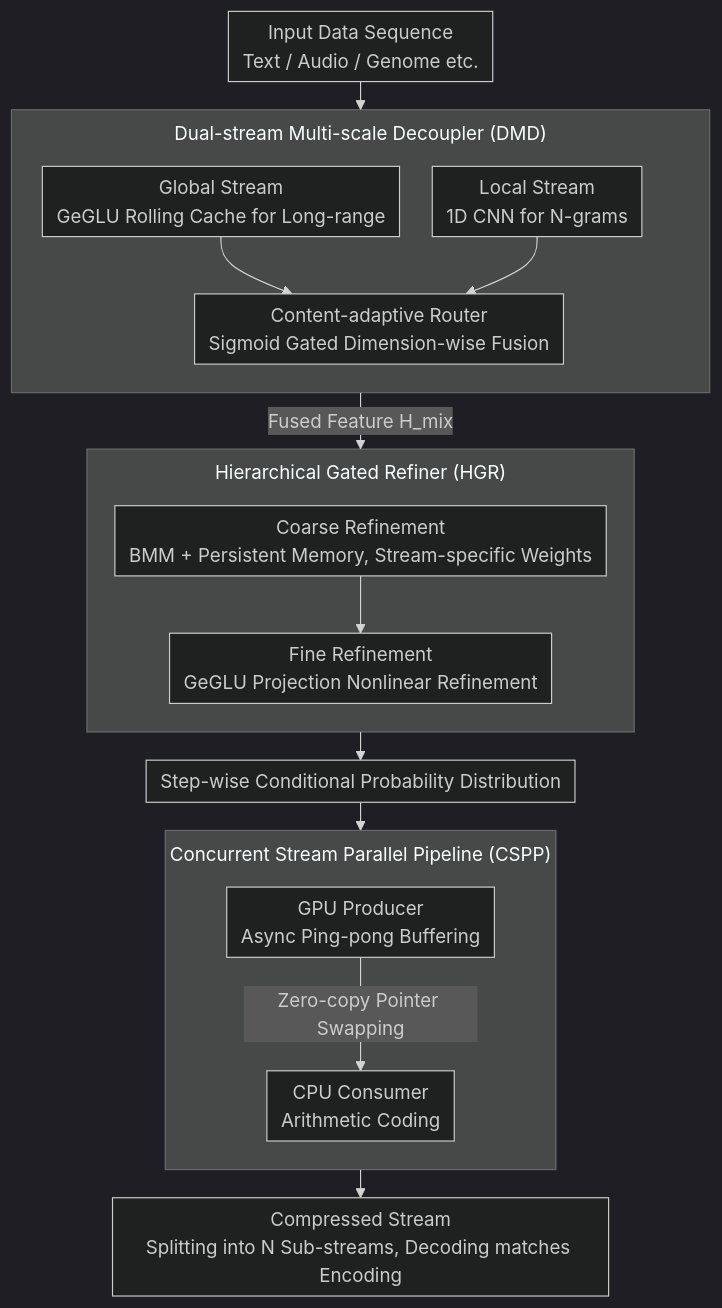
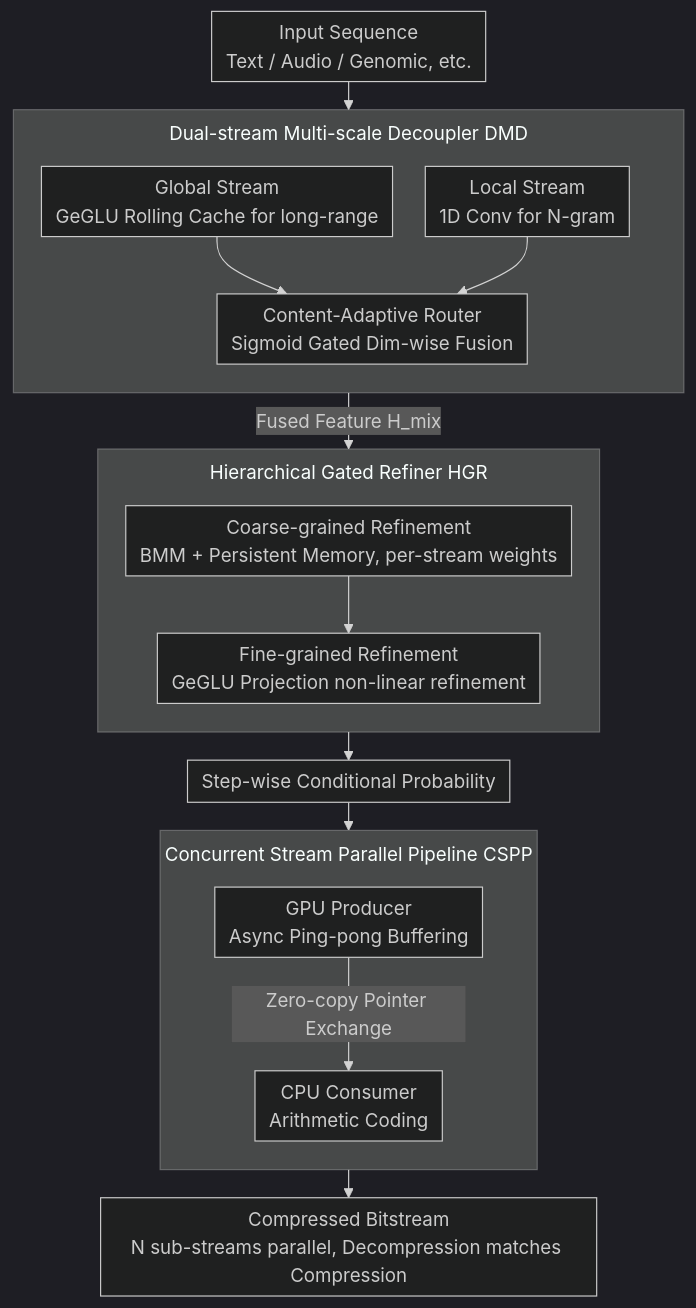
The diagram in docs/ACL2026/model_compression/efficient_learned_data_compression_via_dual-stream_feature_decoupling.md (zhaoyang97/Paper-Notes-en), drawn with Mermaid (dark theme) before and after one commit. The commit also changed other lines of this file and 5084 other files, not shown here.

````diff
--- a/docs/ACL2026/model_compression/efficient_learned_data_compression_via_dual-stream_feature_decoupling.md
+++ b/docs/ACL2026/model_compression/efficient_learned_data_compression_via_dual-stream_feature_decoupling.md
@@ -42,27 +42,27 @@
 ```mermaid
 %%{init: {'flowchart': {'rankSpacing': 24, 'nodeSpacing': 28, 'padding': 6, 'wrappingWidth': 400, 'subGraphTitleMargin': {'top': 8, 'bottom': 16}}}}%%
 flowchart TD
-    A["Input Data Sequence<br/>Text / Audio / Genome etc."] --> DMD
-    subgraph DMD["Dual-stream Multi-scale Decoupler (DMD)"]
+    A["Input Sequence<br/>Text / Audio / Genomic, etc."] --> DMD
+    subgraph DMD["Dual-stream Multi-scale Decoupler DMD"]
         direction TB
-        G["Global Stream<br/>GeGLU Rolling Cache for Long-range"]
-        L["Local Stream<br/>1D CNN for N-grams"]
-        G --> R["Content-adaptive Router<br/>Sigmoid Gated Dimension-wise Fusion"]
+        G["Global Stream<br/>GeGLU Rolling Cache for long-range"]
+        L["Local Stream<br/>1D Conv for N-gram"]
+        G --> R["Content-Adaptive Router<br/>Sigmoid Gated Dim-wise Fusion"]
         L --> R
     end
     DMD -->|Fused Feature H_mix| HGR
-    subgraph HGR["Hierarchical Gated Refiner (HGR)"]
+    subgraph HGR["Hierarchical Gated Refiner HGR"]
         direction TB
-        C["Coarse Refinement<br/>BMM + Persistent Memory, Stream-specific Weights"]
-        F["Fine Refinement<br/>GeGLU Projection Nonlinear Refinement"]
+        C["Coarse-grained Refinement<br/>BMM + Persistent Memory, per-stream weights"]
+        F["Fine-grained Refinement<br/>GeGLU Projection non-linear refinement"]
         C --> F
     end
-    HGR --> P["Step-wise Conditional Probability Distribution"]
+    HGR --> P["Step-wise Conditional Probability"]
     P --> CSPP
-    subgraph CSPP["Concurrent Stream Parallel Pipeline (CSPP)"]
+    subgraph CSPP["Concurrent Stream Parallel Pipeline CSPP"]
         direction TB
         GPU["GPU Producer<br/>Async Ping-pong Buffering"]
-        GPU -->|Zero-copy Pointer Swapping| CPU["CPU Consumer<br/>Arithmetic Coding"]
+        GPU -->|Zero-copy Pointer Exchange| CPU["CPU Consumer<br/>Arithmetic Coding"]
     end
-    CSPP --> OUT["Compressed Stream<br/>Splitting into N Sub-streams, Decoding matches Encoding"]
+    CSPP --> OUT["Compressed Bitstream<br/>N sub-streams parallel, Decompression matches Compression"]
 ```
````
